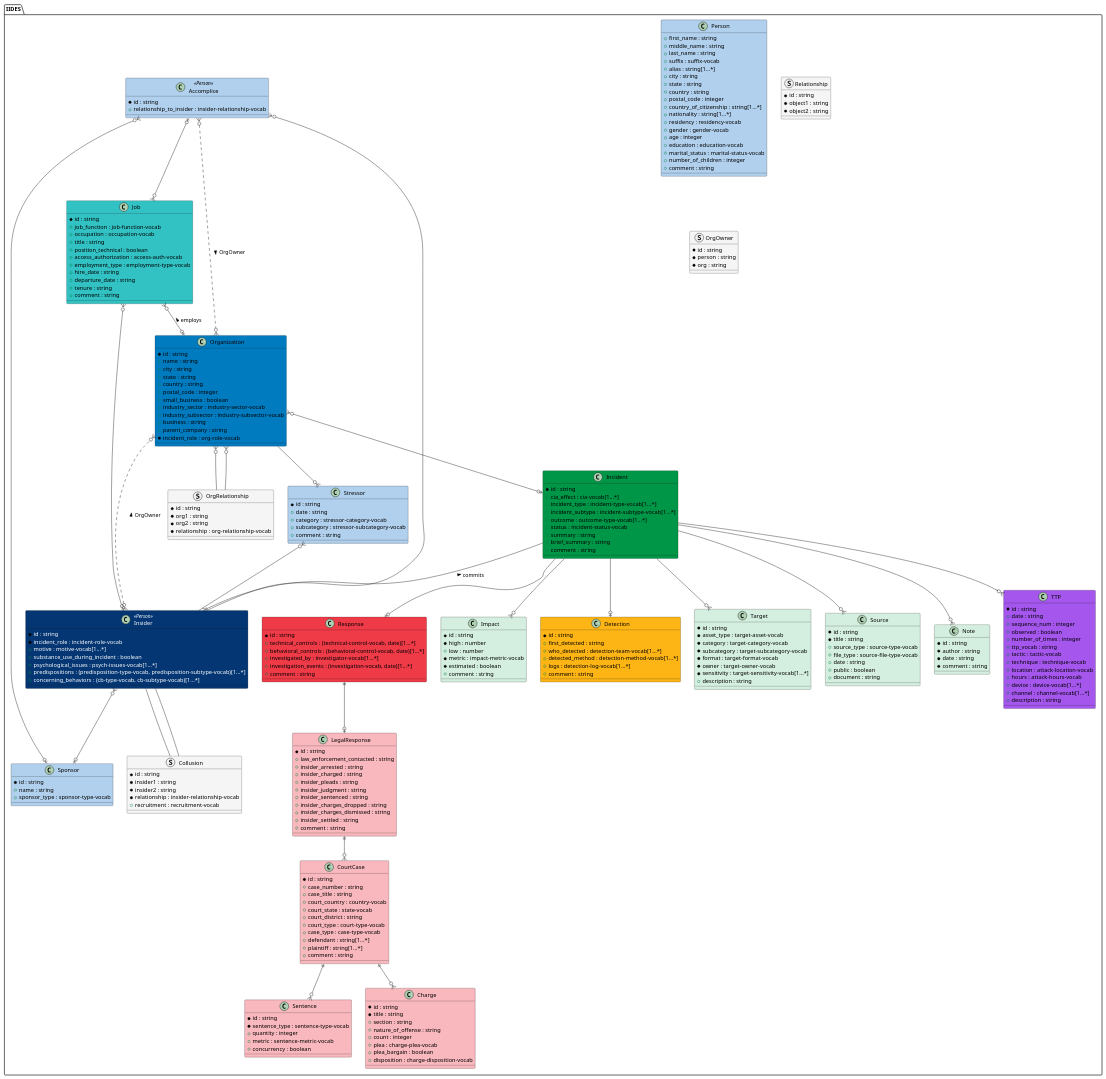
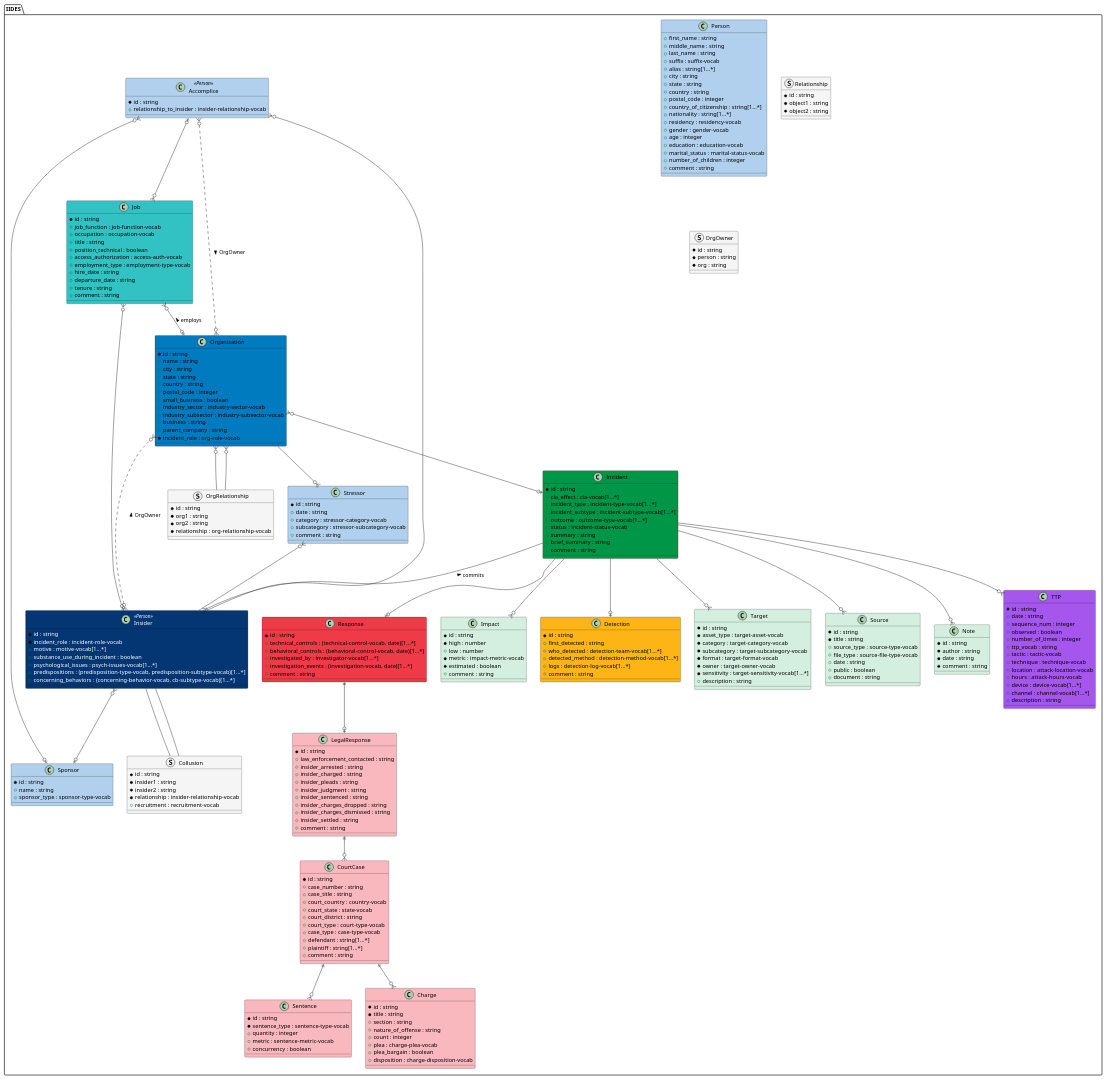
One commit to cmu-sei/iides changed the diagram in UML/source/iides.wsd. Above: the diagram before and after it, drawn with PlantUML. The commit also changed 27 other files, not shown here.

```diff
--- a/UML/source/iides.wsd
+++ b/UML/source/iides.wsd
@@ -174,7 +174,7 @@
 	+ substance_use_during_incident : boolean 
 	+ psychological_issues : psych-issues-vocab[1...*] 
 	+ predispositions : ({field} predisposition-type-vocab, predisposition-subtype-vocab)[1...*] 
-	+ concerning_behaviors : ({field} cb-type-vocab, cb-subtype-vocab)[1...*] 
+	+ concerning_behaviors : ({field} concerning-behavior-vocab, cb-subtype-vocab)[1...*] 
 }
 class Response #EF3A47 {
 	* id : string 
```
